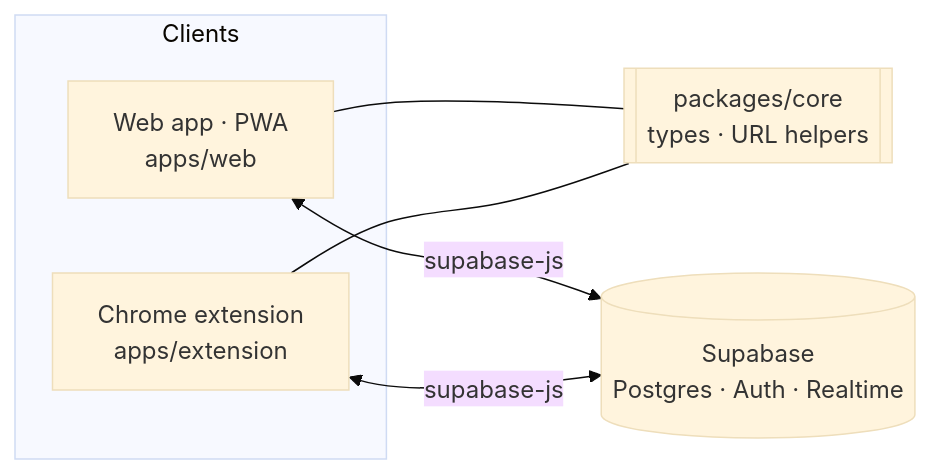
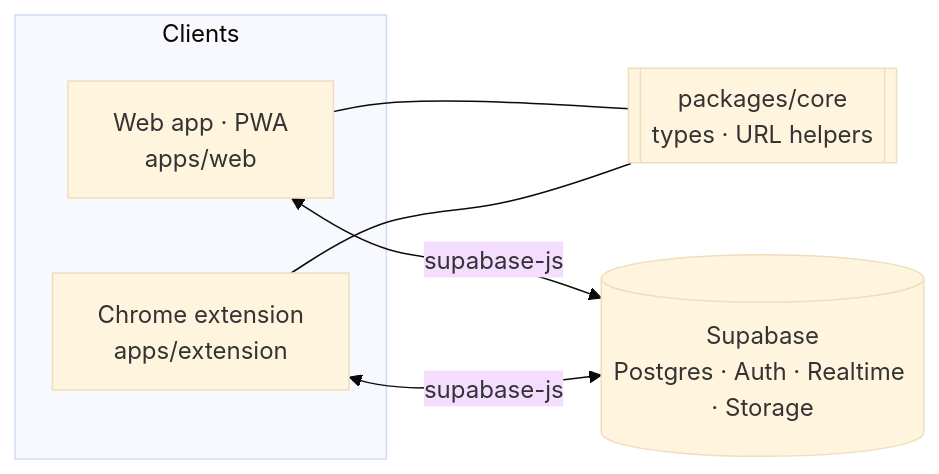
One commit to giozuki/Nodoteca changed the first of 2 diagrams in docs/architecture.md. Above: the diagram before and after it, drawn with Mermaid (base theme). The commit also changed other lines of this file and 5 other files, not shown here.

Commit message:
Docs: personal web library, files in architecture and roadmap

````diff
--- a/docs/architecture.md
+++ b/docs/architecture.md
@@ -5,14 +5,14 @@
 ```mermaid
 flowchart LR
   subgraph Clients
     W[Web app · PWA<br/>apps/web]
     E[Chrome extension<br/>apps/extension]
   end
   C[[packages/core<br/>types · URL helpers]]
-  S[(Supabase<br/>Postgres · Auth · Realtime)]
+  S[(Supabase<br/>Postgres · Auth · Realtime · Storage)]
 
   W --- C
   E --- C
   W <-->|supabase-js| S
   E <-->|supabase-js| S
 ```
````
